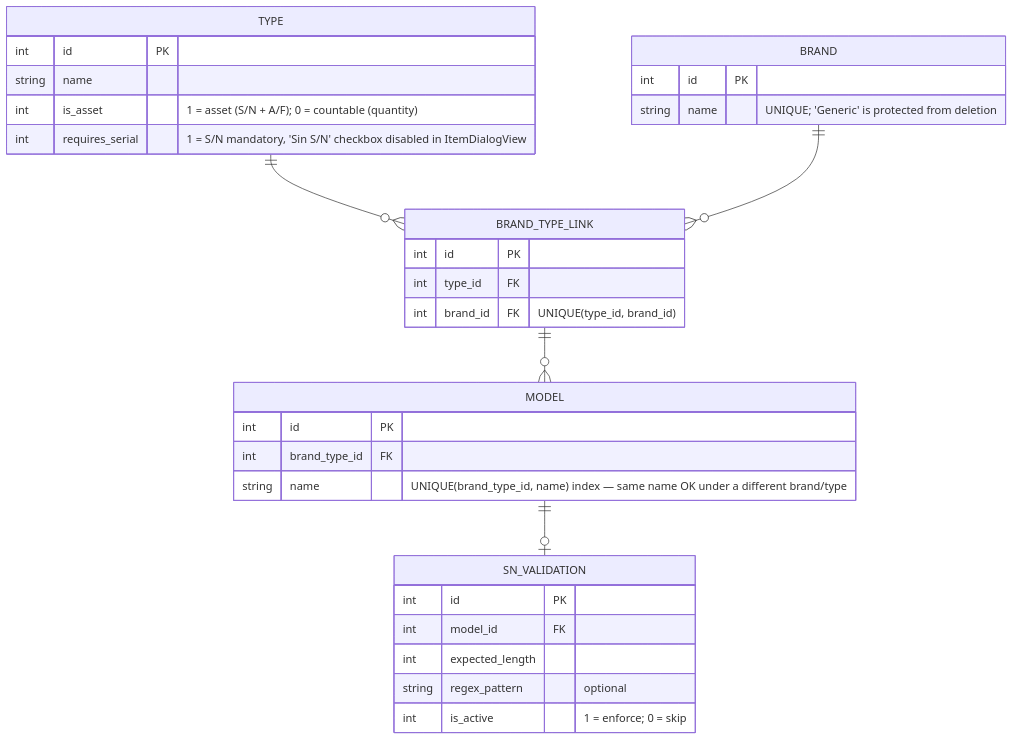
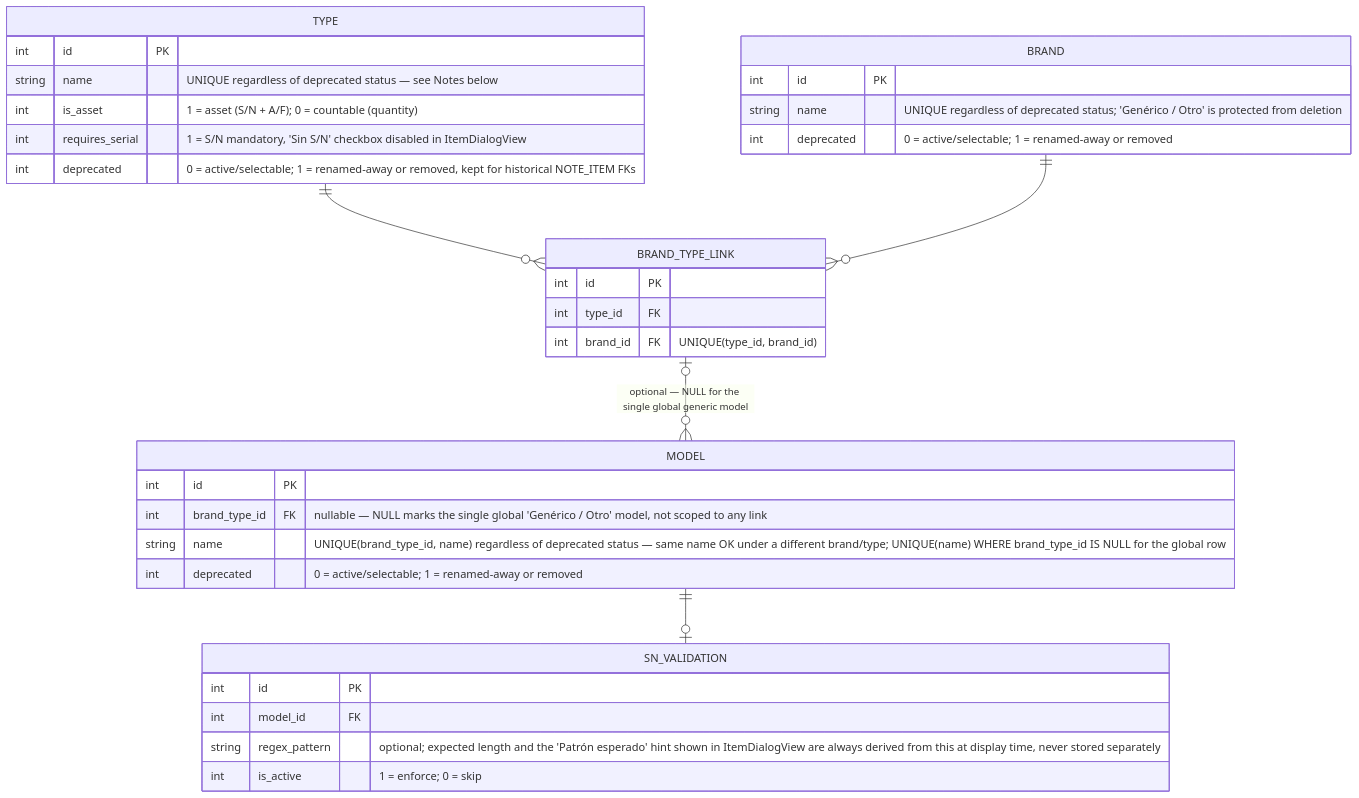
The first of 4 diagrams in docs/database.md (Bunshock/nexus-it), drawn with Mermaid before and after one commit. The commit also changed other lines of this file and 5 other files, not shown here.

````diff
--- a/docs/database.md
+++ b/docs/database.md
@@ -7,44 +7,46 @@
 ```mermaid
 
 erDiagram
     direction TB
 
     TYPE ||--o{ BRAND_TYPE_LINK : ""
     BRAND ||--o{ BRAND_TYPE_LINK : ""
-    BRAND_TYPE_LINK ||--o{ MODEL : ""
+    BRAND_TYPE_LINK |o--o{ MODEL : "optional — NULL for the single global generic model"
     
     MODEL ||--o| SN_VALIDATION : ""
     
     TYPE {
         int id PK
-        string name
+        string name "UNIQUE regardless of deprecated status — see Notes below"
         int is_asset "1 = asset (S/N + A/F); 0 = countable (quantity)"
         int requires_serial "1 = S/N mandatory, 'Sin S/N' checkbox disabled in ItemDialogView"
+        int deprecated "0 = active/selectable; 1 = renamed-away or removed, kept for historical NOTE_ITEM FKs"
     }
 
     BRAND {
         int id PK
-        string name "UNIQUE; 'Generic' is protected from deletion"
+        string name "UNIQUE regardless of deprecated status; 'Genérico / Otro' is protected from deletion"
+        int deprecated "0 = active/selectable; 1 = renamed-away or removed"
     }
 
     BRAND_TYPE_LINK {
         int id PK
         int type_id FK
         int brand_id FK
         "UNIQUE(type_id, brand_id)"
     }
 
     MODEL {
         int id PK
-        int brand_type_id FK
-        string name "UNIQUE(brand_type_id, name) index — same name OK under a different brand/type"
+        int brand_type_id FK "nullable — NULL marks the single global 'Genérico / Otro' model, not scoped to any link"
+        string name "UNIQUE(brand_type_id, name) regardless of deprecated status — same name OK under a different brand/type; UNIQUE(name) WHERE brand_type_id IS NULL for the global row"
+        int deprecated "0 = active/selectable; 1 = renamed-away or removed"
     }
 
     SN_VALIDATION {
         int id PK
         int model_id FK
-        int expected_length
-        string regex_pattern "optional"
+        string regex_pattern "optional; expected length and the 'Patrón esperado' hint shown in ItemDialogView are always derived from this at display time, never stored separately"
         int is_active "1 = enforce; 0 = skip"
     }
 ```
````
